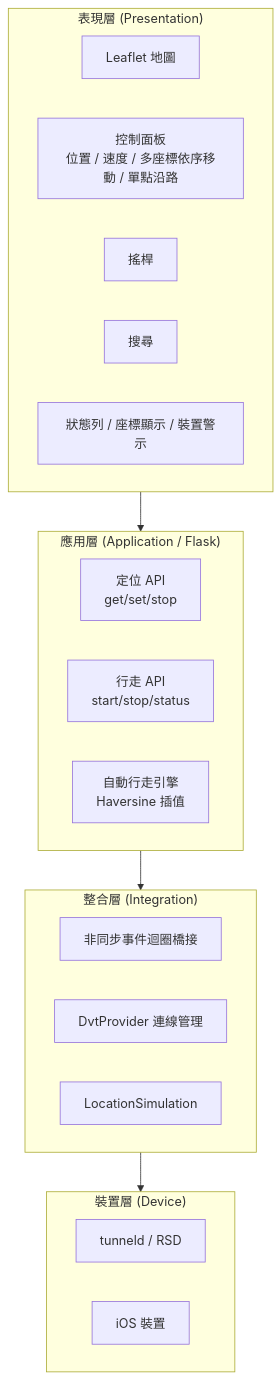
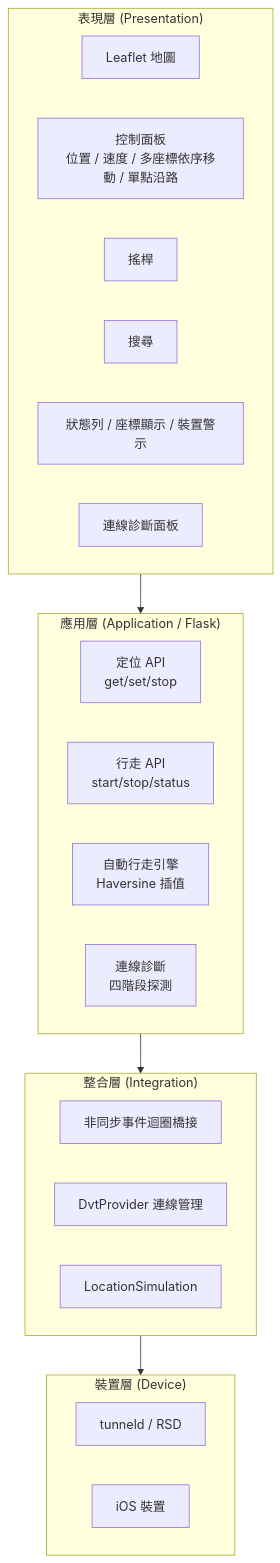
One commit to peiying004/pikpik changed the second of 8 diagrams in docs/系統架構設計圖.md. Above: the diagram before and after it, drawn with Mermaid. The commit also changed other lines of this file and 7 other files, not shown here.

````diff
--- a/docs/系統架構設計圖.md
+++ b/docs/系統架構設計圖.md
@@ -73,29 +74,31 @@
 ```mermaid
 graph TB
     subgraph L1["表現層 (Presentation)"]
         A1["Leaflet 地圖"]
         A2["控制面板<br/>位置 / 速度 / 多座標依序移動 / 單點沿路"]
         A3["搖桿"]
         A4["搜尋"]
         A5["狀態列 / 座標顯示 / 裝置警示"]
+        A6["連線診斷面板"]
     end
 
     subgraph L2["應用層 (Application / Flask)"]
         B1["定位 API<br/>get/set/stop"]
         B2["行走 API<br/>start/stop/status"]
         B3["自動行走引擎<br/>Haversine 插值"]
+        B4["連線診斷<br/>四階段探測"]
     end
 
     subgraph L3["整合層 (Integration)"]
         C1["非同步事件迴圈橋接"]
         C2["DvtProvider 連線管理"]
         C3["LocationSimulation"]
     end
 
     subgraph L4["裝置層 (Device)"]
         D1["tunneld / RSD"]
         D2["iOS 裝置"]
     end
 
     L1 --> L2 --> L3 --> L4
 ```
````
